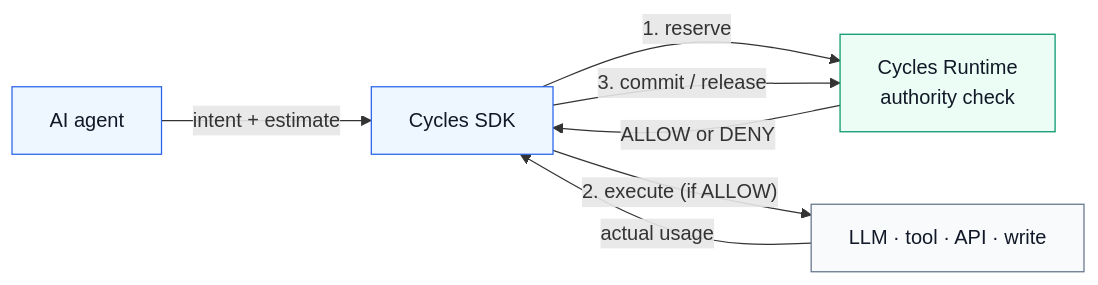
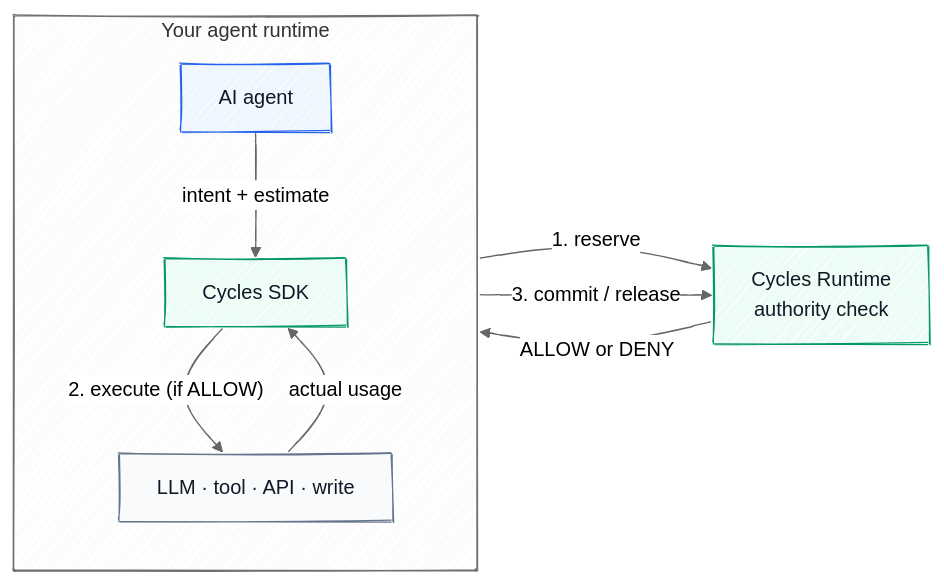
One commit to runcycles/.github changed the diagram in profile/README.md. Above: the diagram before and after it, drawn with Mermaid. The commit also changed 1 other file, not shown here.

First paragraph of the commit message:
docs(diagrams): hand-drawn look + clearer agent-runtime boundary (#37)
* docs(diagrams): hand-drawn look + clearer agent-runtime boundary

````diff
--- a/profile/README.md
+++ b/profile/README.md
@@ -15,22 +15,30 @@
 ```mermaid
+---
+config:
+  look: handDrawn
+  theme: neutral
+---
 flowchart LR
-  AGENT["AI agent"]
-  SDK["Cycles SDK"]
-  RUNTIME["Cycles Runtime<br/>authority check"]
-  ACTION["LLM · tool · API · write"]
+  subgraph APP["Your agent runtime"]
+    direction TB
+    AGENT["AI agent"]
+    SDK["Cycles SDK"]
+    ACTION["LLM · tool · API · write"]
+    AGENT -->|"intent + estimate"| SDK
+    SDK -->|"2. execute (if ALLOW)"| ACTION
+    ACTION -->|"actual usage"| SDK
+  end
 
-  AGENT -->|"intent + estimate"| SDK
-  SDK -->|"1. reserve"| RUNTIME
+  SDK -->|"1. reserve"| RUNTIME["Cycles Runtime<br/>authority check"]
   RUNTIME -->|"ALLOW or DENY"| SDK
-  SDK -->|"2. execute (if ALLOW)"| ACTION
-  ACTION -->|"actual usage"| SDK
   SDK -->|"3. commit / release"| RUNTIME
 
-  classDef primary fill:#eef6ff,stroke:#2563eb,stroke-width:1px,color:#111827;
-  classDef runtime fill:#ecfdf5,stroke:#059669,stroke-width:1px,color:#111827;
+  %% Colors group nodes by ownership: blue = your code, teal = Cycles, grey = downstream actions.
+  classDef agent fill:#eef6ff,stroke:#2563eb,stroke-width:1px,color:#111827;
+  classDef cycles fill:#ecfdf5,stroke:#059669,stroke-width:1px,color:#111827;
   classDef action fill:#f8fafc,stroke:#64748b,stroke-width:1px,color:#111827;
 
-  class AGENT,SDK primary;
-  class RUNTIME runtime;
+  class AGENT agent;
+  class SDK,RUNTIME cycles;
   class ACTION action;
 ```
````
